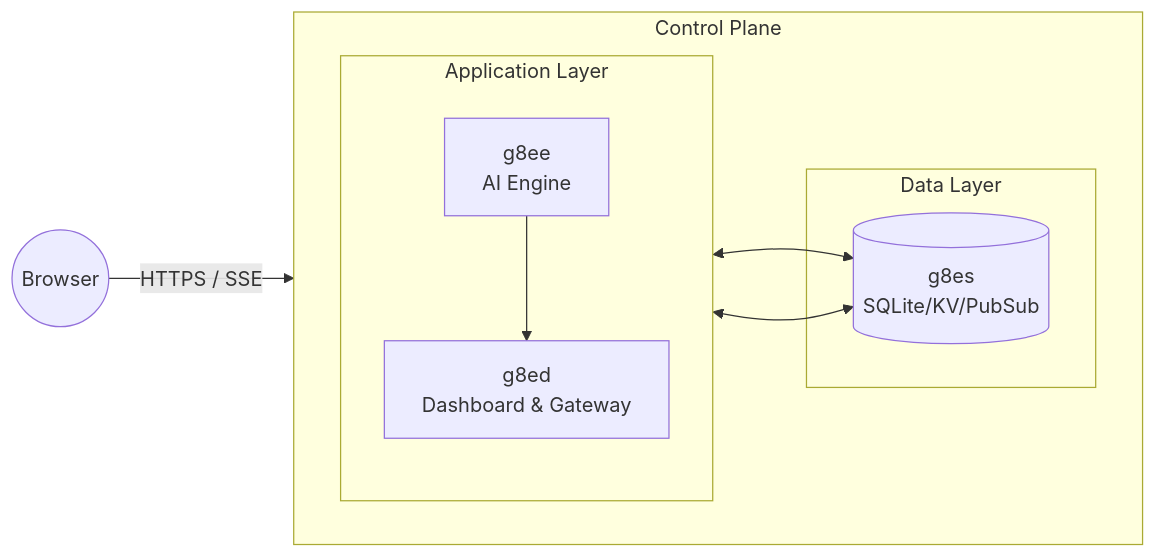
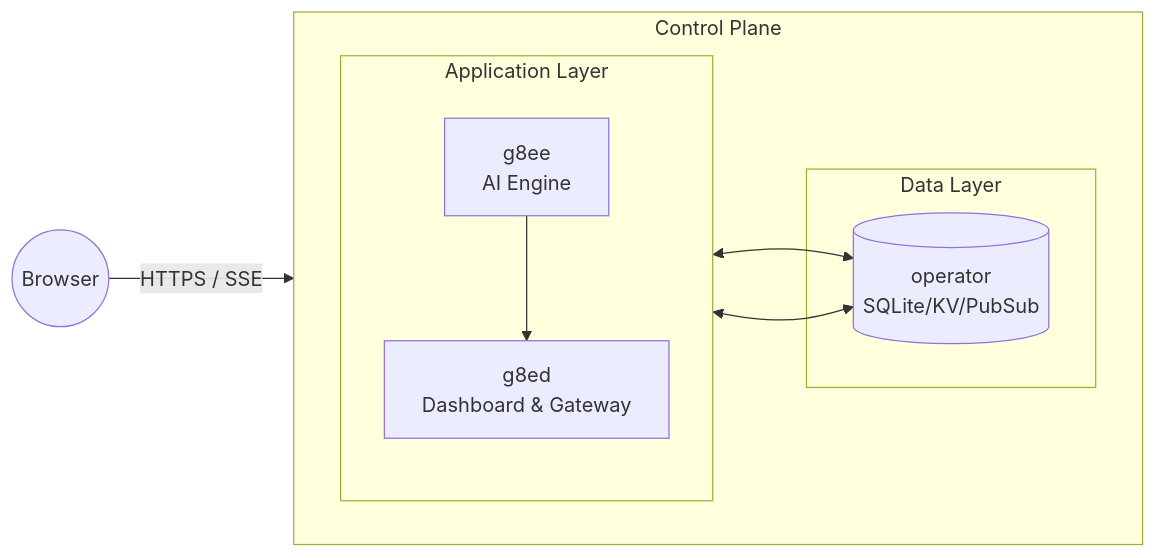
Before and after one commit to g8e-ai/g8e: the first of 2 diagrams in docs/components/g8ee.md, drawn with Mermaid. The commit also changed other lines of this file and 1678 other files, not shown here.

````diff
--- a/docs/components/g8ee.md
+++ b/docs/components/g8ee.md
@@ -65,19 +65,19 @@
 ```mermaid
 flowchart LR
     subgraph Hub ["Control Plane"]
         direction LR
         subgraph App ["Application Layer"]
             direction TB
             g8ed["g8ed<br/>Dashboard & Gateway"]
             g8ee["g8ee<br/>AI Engine"]
             g8ee --> g8ed
         end
         subgraph Data ["Data Layer"]
-            g8es[("g8es<br/>SQLite/KV/PubSub")]
+            operator[("operator<br/>SQLite/KV/PubSub")]
         end
-        g8ed <--> g8es
-        g8ee <--> g8es
+        g8ed <--> operator
+        g8ee <--> operator
     end
 
     Browser((Browser)) -- "HTTPS / SSE" --> g8ed
 ```
````
